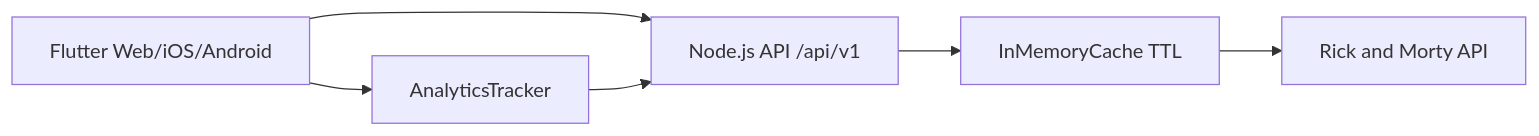
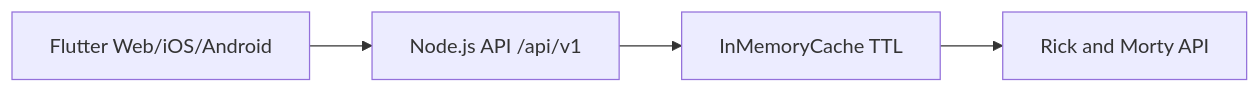
Before and after one commit to YannNeves/rick-and-morty-challenge: the diagram in docs/ARCHITECTURE.md, drawn with Mermaid. The commit also changed other lines of this file and 54 other files, not shown here.

Commit message:
refactor(api): organize modules using clean architecture (#NUMERO)

````diff
--- a/docs/ARCHITECTURE.md
+++ b/docs/ARCHITECTURE.md
@@ -5,8 +5,6 @@
 ```mermaid
 flowchart LR
   Flutter["Flutter Web/iOS/Android"] --> API["Node.js API /api/v1"]
   API --> Cache["InMemoryCache TTL"]
   Cache --> RickMorty["Rick and Morty API"]
-  Flutter --> Analytics["AnalyticsTracker"]
-  Analytics --> API
 ```
````
